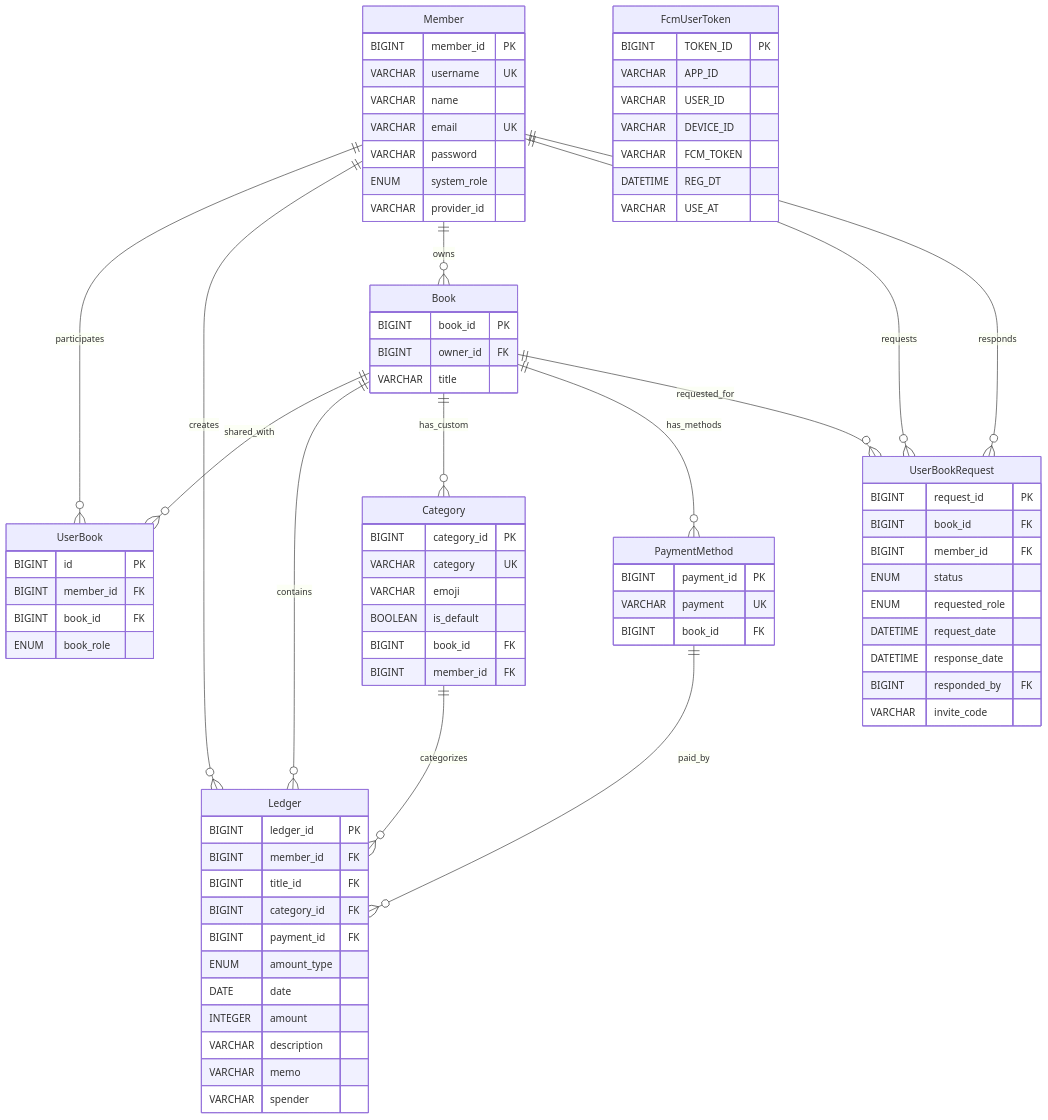
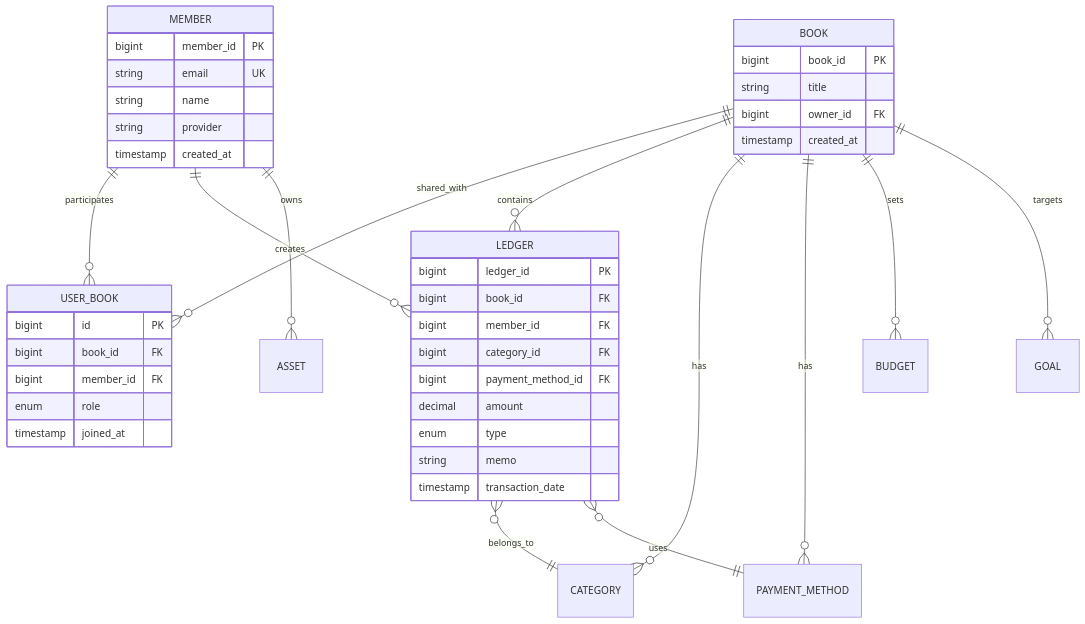
The second of 2 diagrams in README.md (yhj0904/garabuServer), drawn with Mermaid before and after one commit. The commit also changed other lines of this file and 142 other files, not shown here.

````diff
--- a/README.md
+++ b/README.md
@@ -50,90 +265,49 @@
 ```mermaid
 erDiagram
-    Member {
-        BIGINT member_id PK
-        VARCHAR username UK
-        VARCHAR name
-        VARCHAR email UK
-        VARCHAR password
-        ENUM system_role
-        VARCHAR provider_id
+    MEMBER ||--o{ USER_BOOK : "participates"
+    BOOK ||--o{ USER_BOOK : "shared_with"
+    MEMBER ||--o{ LEDGER : "creates"
+    BOOK ||--o{ LEDGER : "contains"
+    BOOK ||--o{ CATEGORY : "has"
+    BOOK ||--o{ PAYMENT_METHOD : "has"
+    LEDGER }o--|| CATEGORY : "belongs_to"
+    LEDGER }o--|| PAYMENT_METHOD : "uses"
+    MEMBER ||--o{ ASSET : "owns"
+    BOOK ||--o{ BUDGET : "sets"
+    BOOK ||--o{ GOAL : "targets"
+    
+    MEMBER {
+        bigint member_id PK
+        string email UK
+        string name
+        string provider
+        timestamp created_at
     }
     
-    Book {
-        BIGINT book_id PK
-        BIGINT owner_id FK
-        VARCHAR title
+    BOOK {
+        bigint book_id PK
+        string title
+        bigint owner_id FK
+        timestamp created_at
     }
     
-    UserBook {
-        BIGINT id PK
-        BIGINT member_id FK
-        BIGINT book_id FK
-        ENUM book_role
+    USER_BOOK {
+        bigint id PK
+        bigint book_id FK
+        bigint member_id FK
+        enum role
+        timestamp joined_at
     }
     
-    Ledger {
-        BIGINT ledger_id PK
-        BIGINT member_id FK
-        BIGINT title_id FK
-        BIGINT category_id FK
-        BIGINT payment_id FK
-        ENUM amount_type
-        DATE date
-        INTEGER amount
-        VARCHAR description
-        VARCHAR memo
-        VARCHAR spender
+    LEDGER {
+        bigint ledger_id PK
+        bigint book_id FK
+        bigint member_id FK
+        bigint category_id FK
+        bigint payment_method_id FK
+        decimal amount
+        enum type
+        string memo
+        timestamp transaction_date
     }
-    
-    Category {
-        BIGINT category_id PK
-        VARCHAR category UK
-        VARCHAR emoji
-        BOOLEAN is_default
-        BIGINT book_id FK
-        BIGINT member_id FK
-    }
-    
-    PaymentMethod {
-        BIGINT payment_id PK
-        VARCHAR payment UK
-        BIGINT book_id FK
-    }
-    
-    UserBookRequest {
-        BIGINT request_id PK
-        BIGINT book_id FK
-        BIGINT member_id FK
-        ENUM status
-        ENUM requested_role
-        DATETIME request_date
-        DATETIME response_date
-        BIGINT responded_by FK
-        VARCHAR invite_code
-    }
-    
-    FcmUserToken {
-        BIGINT TOKEN_ID PK
-        VARCHAR APP_ID
-        VARCHAR USER_ID
-        VARCHAR DEVICE_ID
-        VARCHAR FCM_TOKEN
-        DATETIME REG_DT
-        VARCHAR USE_AT
-    }
-
-    %% 관계 정의
-    Member ||--o{ UserBook : "participates"
-    Book ||--o{ UserBook : "shared_with"
-    Book ||--o{ Ledger : "contains"
-    Member ||--o{ Ledger : "creates"
-    Category ||--o{ Ledger : "categorizes"
-    PaymentMethod ||--o{ Ledger : "paid_by"
-    Book ||--o{ Category : "has_custom"
-    Book ||--o{ PaymentMethod : "has_methods"
-    Member ||--o{ Book : "owns"
-    Book ||--o{ UserBookRequest : "requested_for"
-    Member ||--o{ UserBookRequest : "requests"
-    Member ||--o{ UserBookRequest : "responds"
 ```
````
